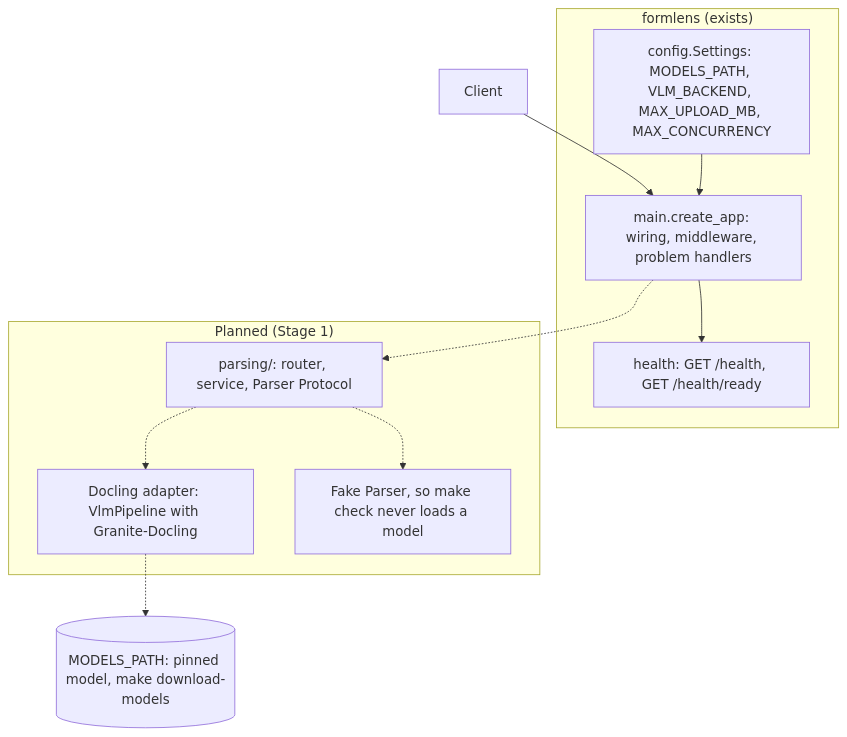
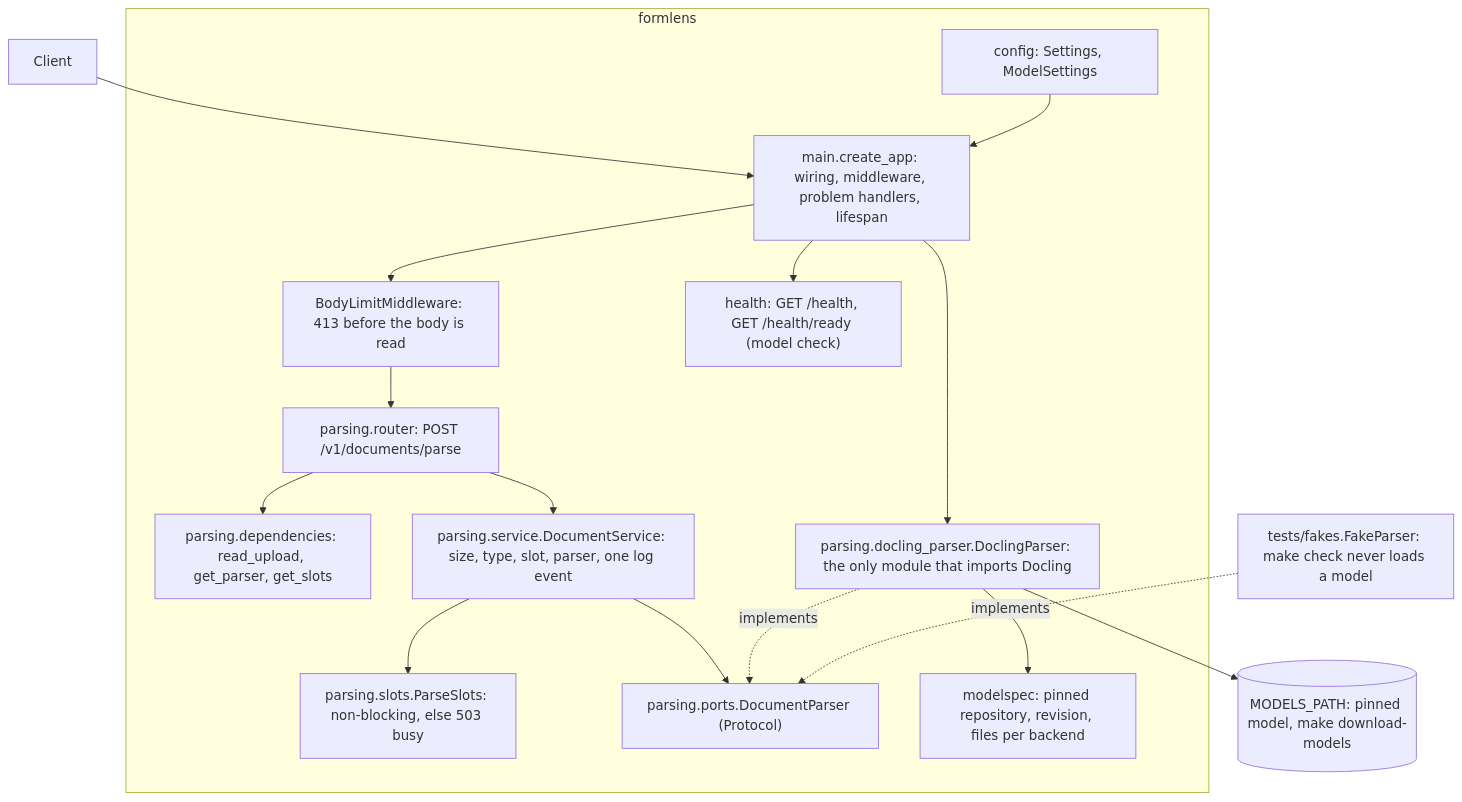
The diagram in docs/explanation/architecture.md (JanSzewczyk/form-lens-api), drawn with Mermaid before and after one commit. The commit also changed other lines of this file and 75 other files, not shown here.

First line of the commit message:
Feature: Parse a document with local Docling and Granite-Docling (#3)

````diff
--- a/docs/explanation/architecture.md
+++ b/docs/explanation/architecture.md
@@ -70,19 +71,30 @@
 ```mermaid
 flowchart TD
     client["Client"]
-    subgraph service["formlens (exists)"]
-        main["main.create_app: wiring, middleware, problem handlers"]
-        health["health: GET /health, GET /health/ready"]
-        config["config.Settings: MODELS_PATH, VLM_BACKEND, MAX_UPLOAD_MB, MAX_CONCURRENCY"]
+    subgraph service["formlens"]
+        main["main.create_app: wiring, middleware, problem handlers, lifespan"]
+        body["BodyLimitMiddleware: 413 before the body is read"]
+        router["parsing.router: POST /v1/documents/parse"]
+        deps["parsing.dependencies: read_upload, get_parser, get_slots"]
+        svc["parsing.service.DocumentService: size, type, slot, parser, one log event"]
+        slots["parsing.slots.ParseSlots: non-blocking, else 503 busy"]
+        port["parsing.ports.DocumentParser (Protocol)"]
+        docling["parsing.docling_parser.DoclingParser: the only module that imports Docling"]
+        health["health: GET /health, GET /health/ready (model check)"]
+        spec["modelspec: pinned repository, revision, files per backend"]
+        config["config: Settings, ModelSettings"]
     end
-    subgraph planned["Planned (Stage 1)"]
-        parsing["parsing/: router, service, Parser Protocol"]
-        docling["Docling adapter: VlmPipeline with Granite-Docling"]
-        fake["Fake Parser, so make check never loads a model"]
-    end
+    fake["tests/fakes.FakeParser: make check never loads a model"]
     models[("MODELS_PATH: pinned model, make download-models")]
-    client --> main --> health
-    main -.-> parsing -.-> docling -.-> models
-    parsing -.-> fake
+    client --> main --> body --> router --> svc
+    router --> deps
+    svc --> slots
+    svc --> port
+    docling -. implements .-> port
+    fake -. implements .-> port
+    main --> docling
+    docling --> models
+    docling --> spec
     config --> main
+    main --> health
 ```
````
